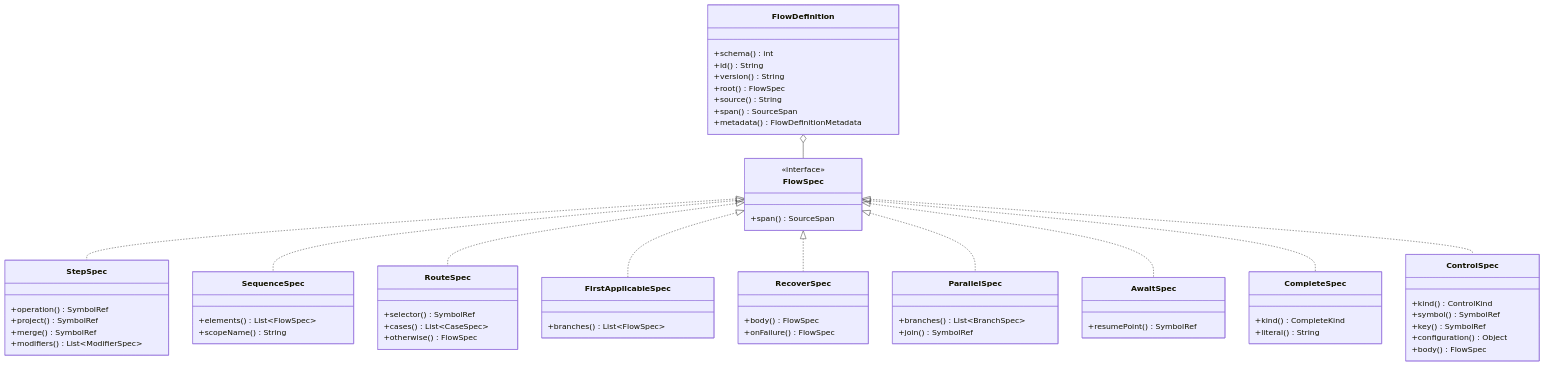
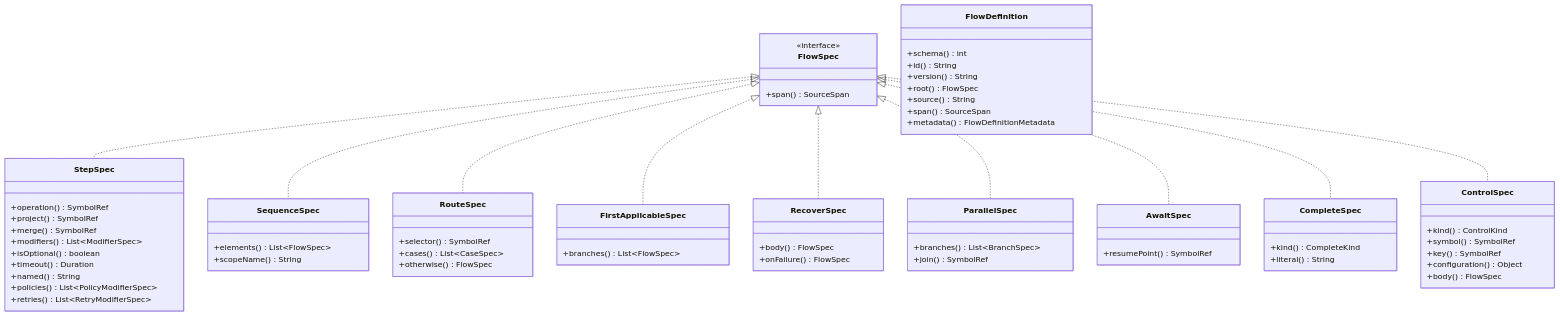
Before and after one commit to team4u/team4u-framework: the second of 5 diagrams in docs/flow/flow-definition.md, drawn with Mermaid. The commit also changed other lines of this file and 24 other files, not shown here.

Commit message:
refactor(flow-definition): decouple binders and checkers with KeyedPolicyRegistry and ConfigMapReader

````diff
--- a/docs/flow/flow-definition.md
+++ b/docs/flow/flow-definition.md
@@ -60,77 +60,81 @@
 ```mermaid
 classDiagram
     class FlowSpec {
         <<interface>>
         +span() SourceSpan
     }
 
     class FlowDefinition {
         +schema() int
         +id() String
         +version() String
         +root() FlowSpec
         +source() String
         +span() SourceSpan
         +metadata() FlowDefinitionMetadata
     }
 
     class StepSpec {
         +operation() SymbolRef
         +project() SymbolRef
         +merge() SymbolRef
         +modifiers() List~ModifierSpec~
+        +isOptional() boolean
+        +timeout() Duration
+        +named() String
+        +policies() List~PolicyModifierSpec~
+        +retries() List~RetryModifierSpec~
     }
 
     class SequenceSpec {
         +elements() List~FlowSpec~
         +scopeName() String
     }
 
     class RouteSpec {
         +selector() SymbolRef
         +cases() List~CaseSpec~
         +otherwise() FlowSpec
     }
 
     class FirstApplicableSpec {
         +branches() List~FlowSpec~
     }
 
     class RecoverSpec {
         +body() FlowSpec
         +onFailure() FlowSpec
     }
 
     class ParallelSpec {
         +branches() List~BranchSpec~
         +join() SymbolRef
     }
 
     class AwaitSpec {
         +resumePoint() SymbolRef
     }
 
     class CompleteSpec {
         +kind() CompleteKind
         +literal() String
     }
 
     class ControlSpec {
         +kind() ControlKind
         +symbol() SymbolRef
         +key() SymbolRef
         +configuration() Object
         +body() FlowSpec
     }
 
     FlowSpec <|.. StepSpec
     FlowSpec <|.. SequenceSpec
     FlowSpec <|.. RouteSpec
     FlowSpec <|.. FirstApplicableSpec
     FlowSpec <|.. RecoverSpec
     FlowSpec <|.. ParallelSpec
     FlowSpec <|.. AwaitSpec
     FlowSpec <|.. CompleteSpec
     FlowSpec <|.. ControlSpec
-    FlowDefinition o-- FlowSpec
 ```
````
